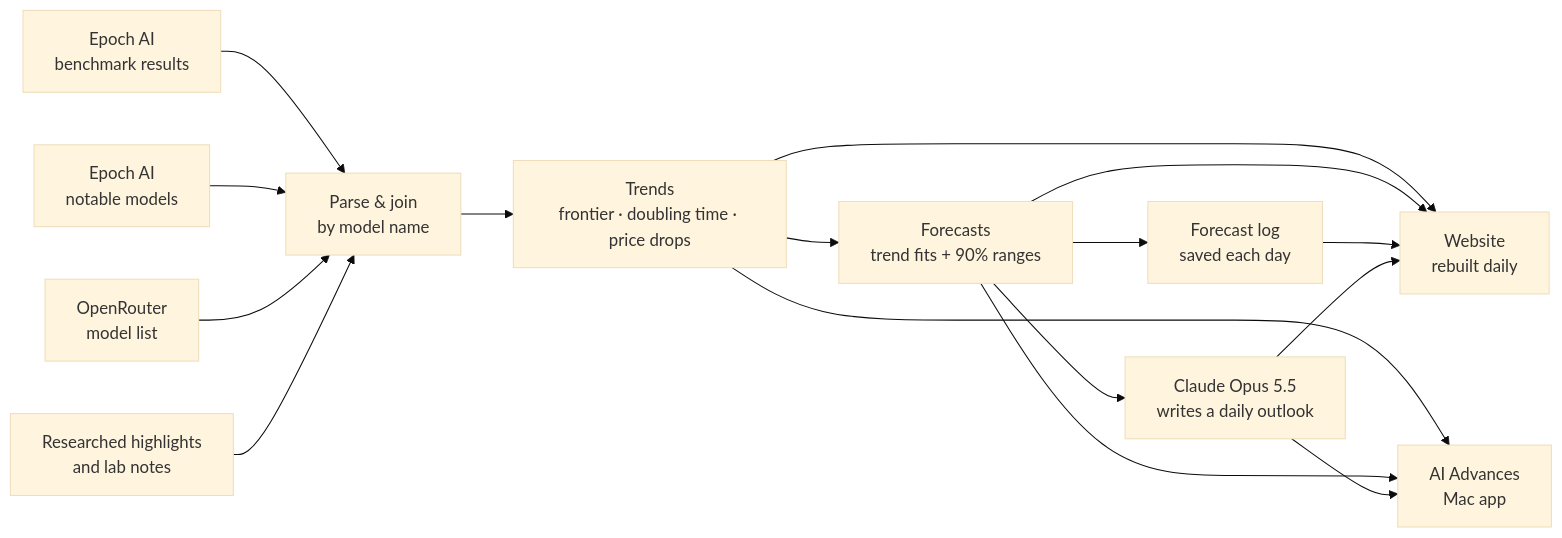
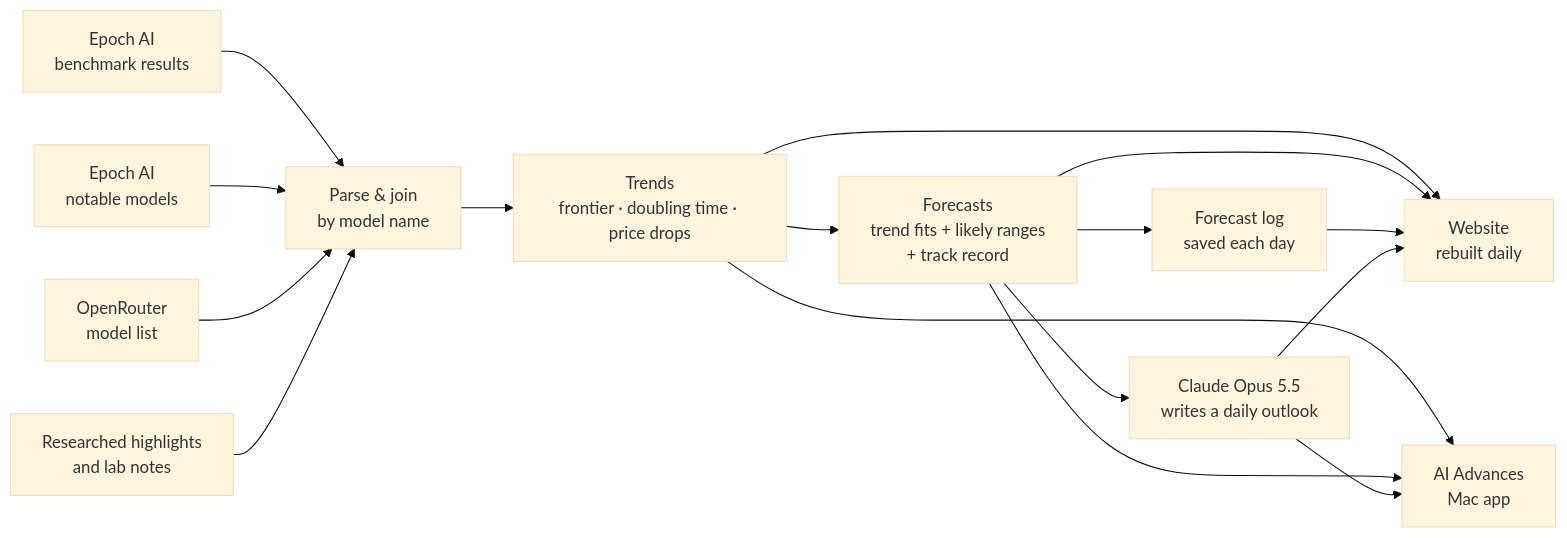
Before and after one commit to amalmehta/ai-advances: the diagram in README.md, drawn with Mermaid (base theme). The commit also changed other lines of this file and 15 other files, not shown here.

Commit message:
Match more model prices, show a forecast track record with honest ranges, and check numbers in the daily outlook

````diff
--- a/README.md
+++ b/README.md
@@ -27,18 +27,18 @@
 ```mermaid
 flowchart LR
     E1[Epoch AI<br>benchmark results] --> P[Parse & join<br>by model name]
     E2[Epoch AI<br>notable models] --> P
     O[OpenRouter<br>model list] --> P
     H[Researched highlights<br>and lab notes] --> P
     P --> T[Trends<br>frontier · doubling time · price drops]
-    T --> F[Forecasts<br>trend fits + 90% ranges]
+    T --> F[Forecasts<br>trend fits + likely ranges<br>+ track record]
     F --> G[Forecast log<br>saved each day]
     F --> CL[Claude Opus 5.5<br>writes a daily outlook]
     T --> A[AI Advances<br>Mac app]
     T --> W[Website<br>rebuilt daily]
     F --> A
     F --> W
     G --> W
     CL --> W
     CL --> A
 ```
````
